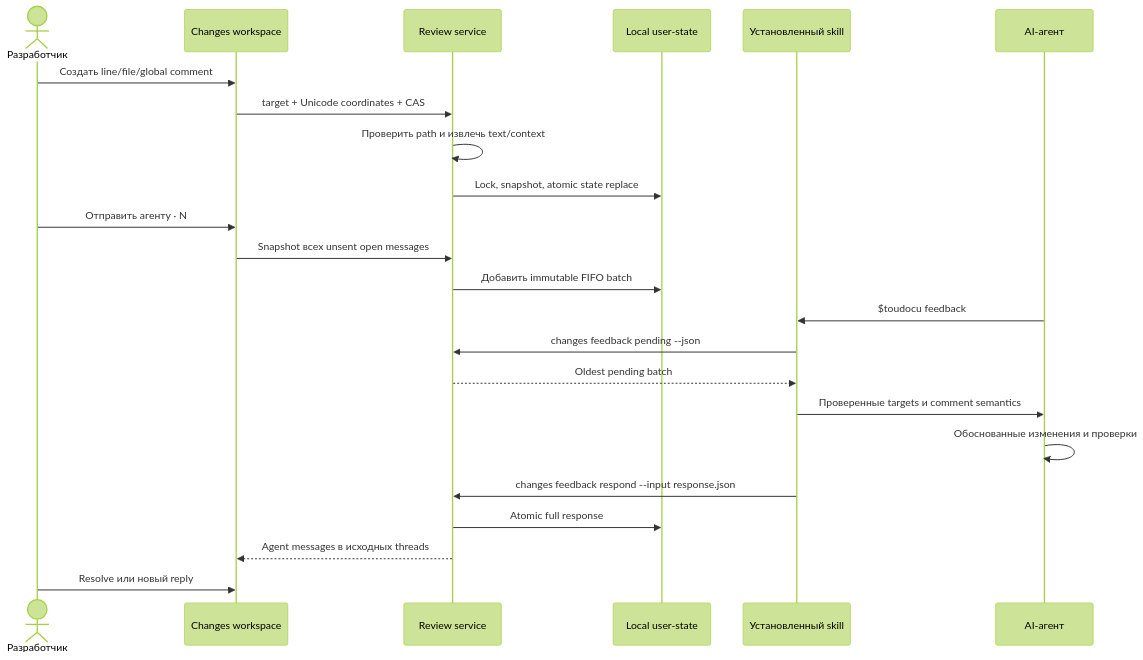
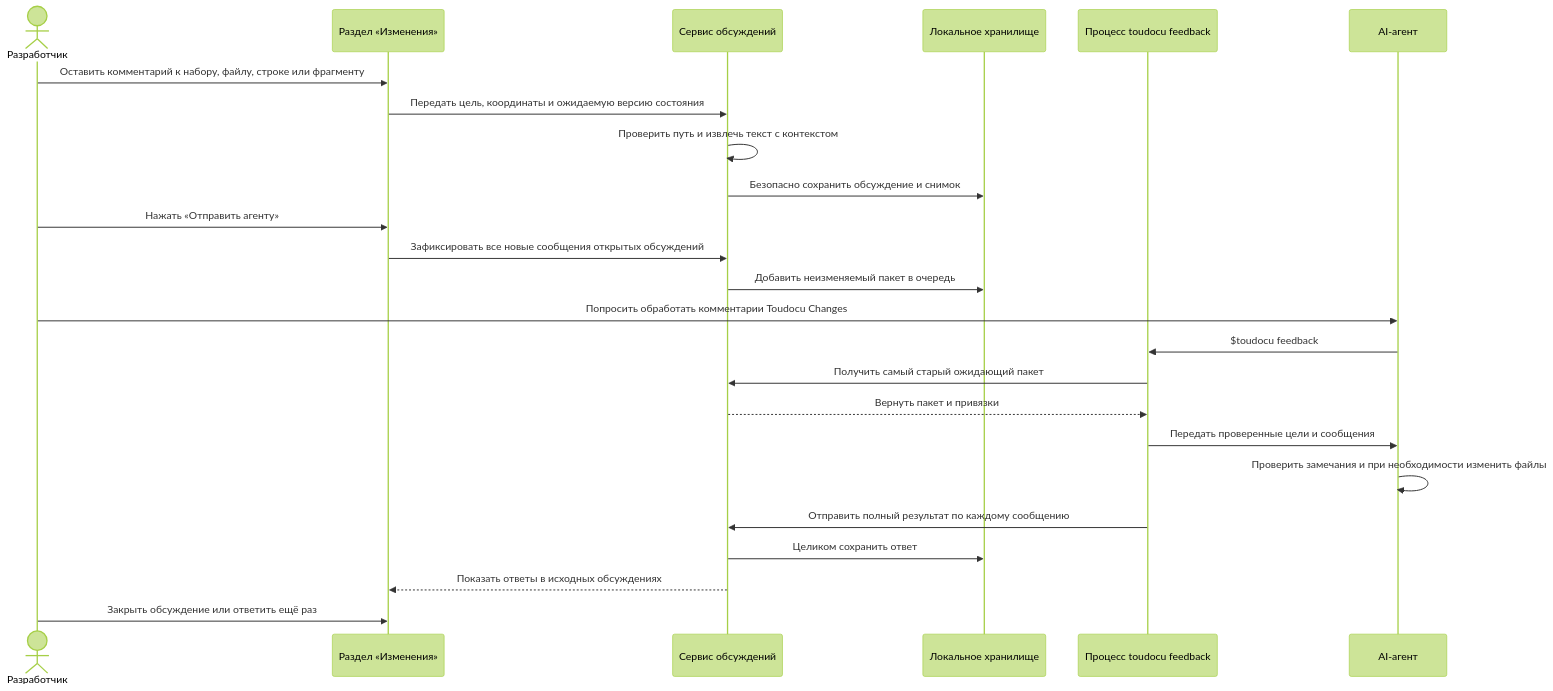
The diagram in docs/flows/FLOW-REVIEW-FEEDBACK.md (lumenikoly/toudocu), drawn with Mermaid (forest theme) before and after one commit. The commit also changed other lines of this file and 214 other files, not shown here.

````diff
--- a/docs/flows/FLOW-REVIEW-FEEDBACK.md
+++ b/docs/flows/FLOW-REVIEW-FEEDBACK.md
@@ -10,26 +10,27 @@
 ```mermaid
 sequenceDiagram
-    actor Developer as Разработчик
-    participant Browser as Changes workspace
-    participant Review as Review service
-    participant Store as Local user-state
-    participant Skill as Установленный skill
+    actor User as Разработчик
+    participant UI as Раздел «Изменения»
+    participant Review as Сервис обсуждений
+    participant Store as Локальное хранилище
+    participant Skill as Процесс toudocu feedback
     participant Agent as AI-агент
 
-    Developer->>Browser: Создать line/file/global comment
-    Browser->>Review: target + Unicode coordinates + CAS
-    Review->>Review: Проверить path и извлечь text/context
-    Review->>Store: Lock, snapshot, atomic state replace
-    Developer->>Browser: Отправить агенту · N
-    Browser->>Review: Snapshot всех unsent open messages
-    Review->>Store: Добавить immutable FIFO batch
+    User->>UI: Оставить комментарий к набору, файлу, строке или фрагменту
+    UI->>Review: Передать цель, координаты и ожидаемую версию состояния
+    Review->>Review: Проверить путь и извлечь текст с контекстом
+    Review->>Store: Безопасно сохранить обсуждение и снимок
+    User->>UI: Нажать «Отправить агенту»
+    UI->>Review: Зафиксировать все новые сообщения открытых обсуждений
+    Review->>Store: Добавить неизменяемый пакет в очередь
+    User->>Agent: Попросить обработать комментарии Toudocu Changes
     Agent->>Skill: $toudocu feedback
-    Skill->>Review: changes feedback pending --json
-    Review-->>Skill: Oldest pending batch
-    Skill->>Agent: Проверенные targets и comment semantics
-    Agent->>Agent: Обоснованные изменения и проверки
-    Skill->>Review: changes feedback respond --input response.json
-    Review->>Store: Atomic full response
-    Review-->>Browser: Agent messages в исходных threads
-    Developer->>Browser: Resolve или новый reply
+    Skill->>Review: Получить самый старый ожидающий пакет
+    Review-->>Skill: Вернуть пакет и привязки
+    Skill->>Agent: Передать проверенные цели и сообщения
+    Agent->>Agent: Проверить замечания и при необходимости изменить файлы
+    Skill->>Review: Отправить полный результат по каждому сообщению
+    Review->>Store: Целиком сохранить ответ
+    Review-->>UI: Показать ответы в исходных обсуждениях
+    User->>UI: Закрыть обсуждение или ответить ещё раз
 ```
````
